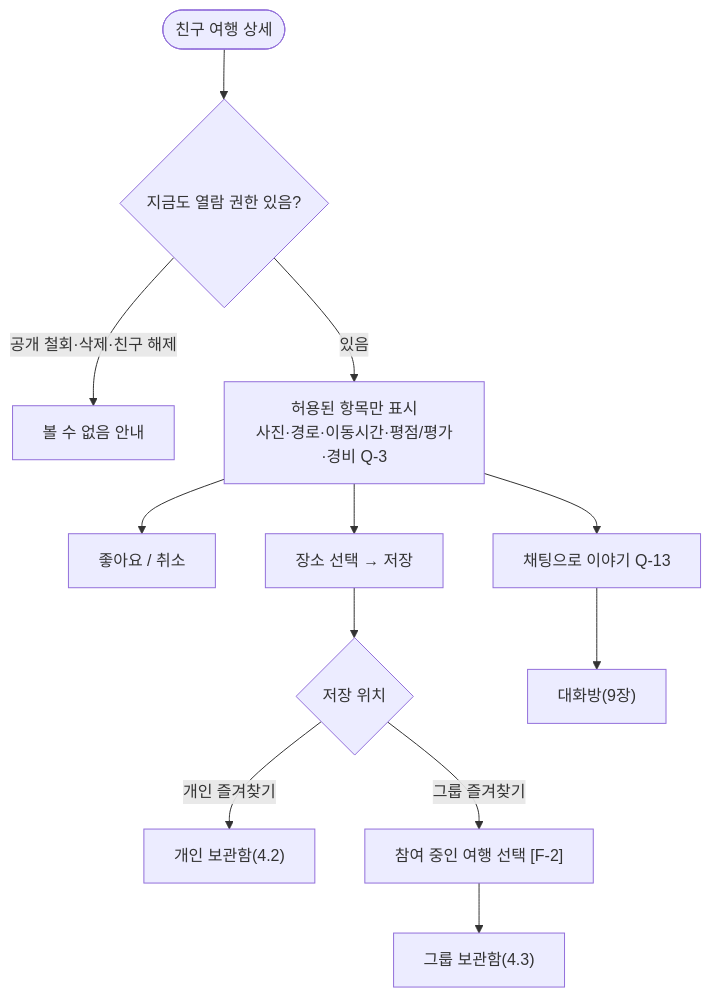
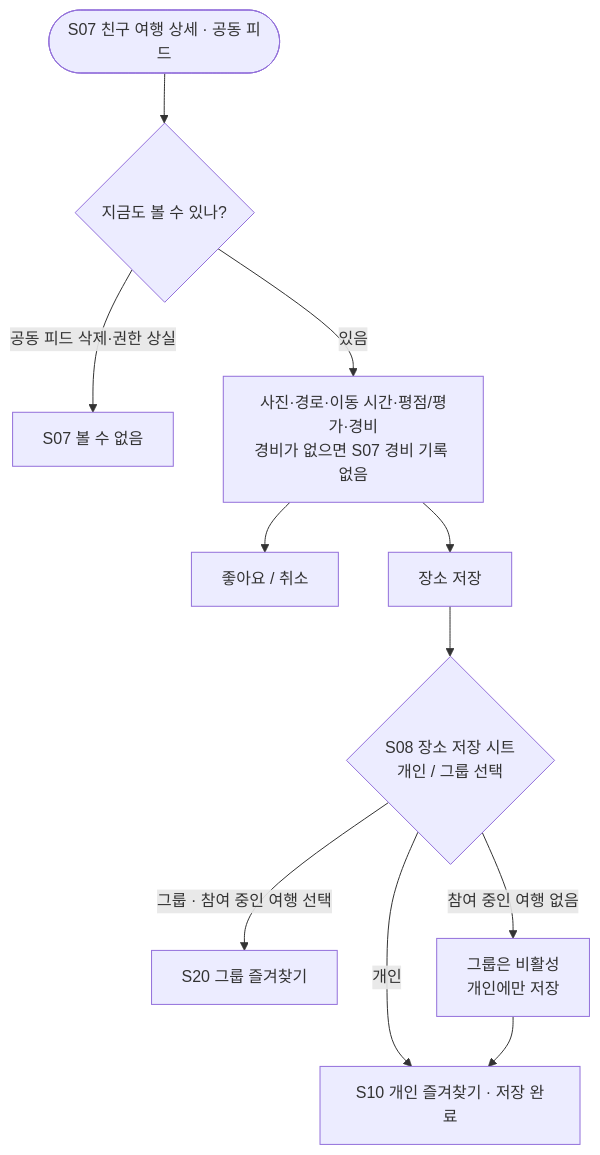
One commit to a204-eodilog/eodilog changed the sixth of 24 diagrams in docs/flow/user-flow.md. Above: the diagram before and after it, drawn with Mermaid. The commit also changed other lines of this file, not shown here.

````diff
--- a/docs/flow/user-flow.md
+++ b/docs/flow/user-flow.md
@@ -154,12 +169,11 @@
 ```mermaid
 flowchart TD
-    DET(["친구 여행 상세"]) --> ACC{"지금도 열람 권한 있음?"}
-    ACC -- "공개 철회·삭제·친구 해제" --> GONE["볼 수 없음 안내"]
-    ACC -- "있음" --> VIEW["허용된 항목만 표시<br/>사진·경로·이동시간·평점/평가·경비 Q-3"]
-    VIEW --> LIKE["좋아요 / 취소"]
-    VIEW --> SAVE["장소 선택 → 저장"]
-    SAVE --> DEST{"저장 위치"}
-    DEST -- "개인 즐겨찾기" --> PF["개인 보관함(4.2)"]
-    DEST -- "그룹 즐겨찾기" --> GSEL["참여 중인 여행 선택 [F-2]"] --> GF["그룹 보관함(4.3)"]
-    VIEW --> CHAT["채팅으로 이야기 Q-13"] --> CH["대화방(9장)"]
+    S07(["S07 친구 여행 상세 · 공동 피드"]) --> AC{"지금도 볼 수 있나?"}
+    AC -- "공동 피드 삭제·권한 상실" --> NO["S07 볼 수 없음"]
+    AC -- "있음" --> V["사진·경로·이동 시간·평점/평가·경비<br/>경비가 없으면 S07 경비 기록 없음"]
+    V --> LIKE["좋아요 / 취소"]
+    V --> SAVE["장소 저장"] --> S08{"S08 장소 저장 시트<br/>개인 / 그룹 선택"}
+    S08 -- "개인" --> S10["S10 개인 즐겨찾기 · 저장 완료"]
+    S08 -- "그룹 · 참여 중인 여행 선택" --> S20["S20 그룹 즐겨찾기"]
+    S08 -- "참여 중인 여행 없음" --> ONLY["그룹은 비활성<br/>개인에만 저장"] --> S10
 ```
````
